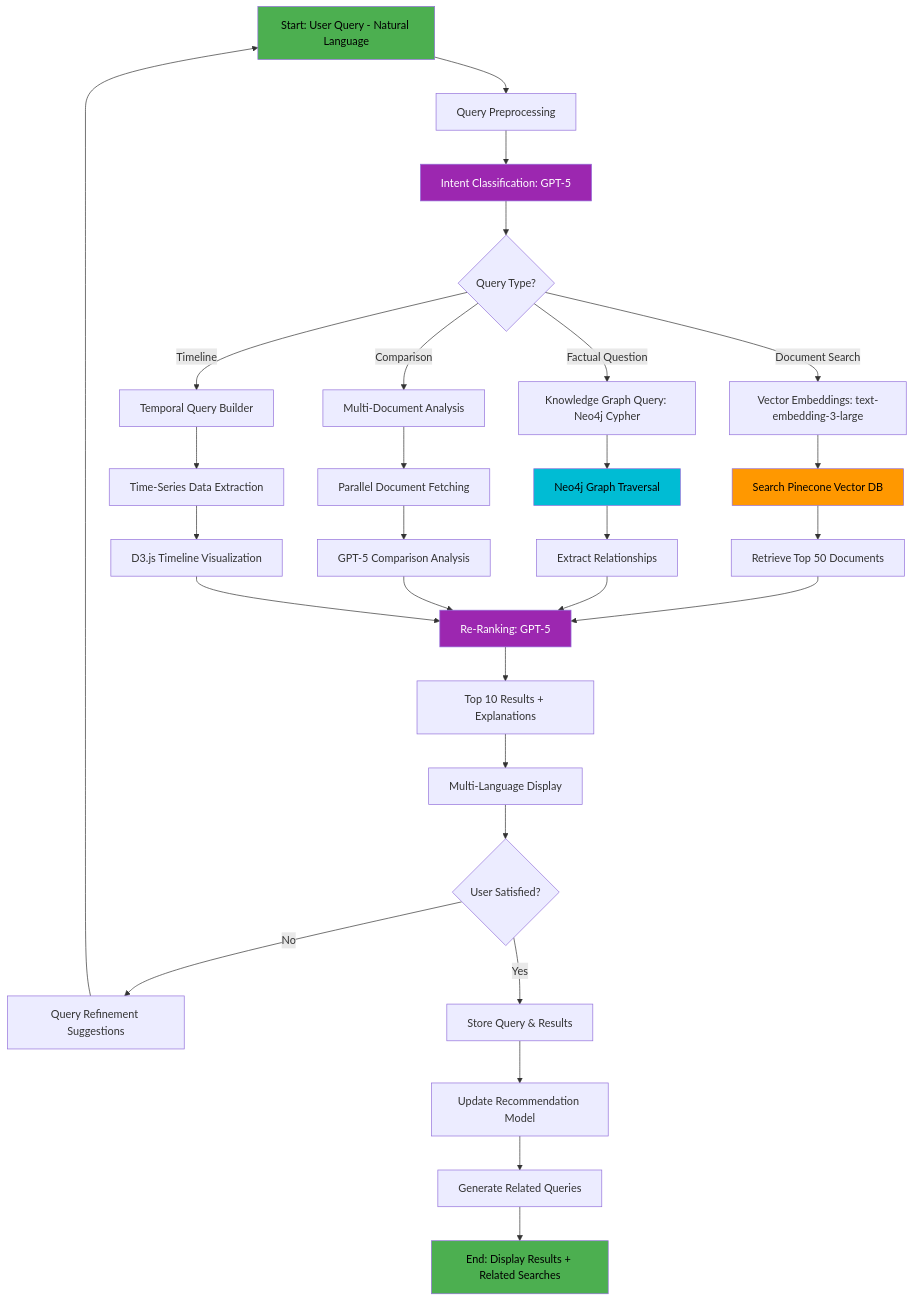
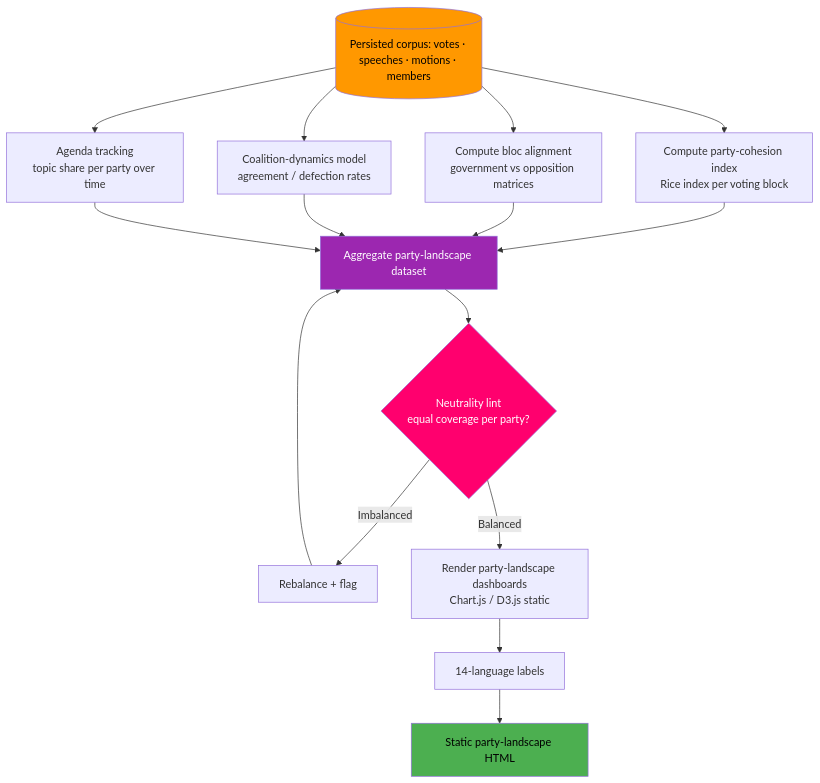
Before and after one commit to Hack23/riksdagsmonitor: the eighth of 24 diagrams in FUTURE_FLOWCHART.md, drawn with Mermaid. The commit also changed other lines of this file and 5 other files, not shown here.

Commit message:
Rewrite FUTURE_DATA_MODEL.md as three-horizon data architecture (v3.0)

````diff
--- a/FUTURE_FLOWCHART.md
+++ b/FUTURE_FLOWCHART.md
@@ -407,48 +310,22 @@
 ```mermaid
 flowchart TD
-    A[Start: User Query - Natural Language] --> B[Query Preprocessing]
-    B --> C[Intent Classification: GPT-5]
-    C --> D{Query Type?}
-    
-    D -->|Document Search| E[Vector Embeddings: text-embedding-3-large]
-    D -->|Factual Question| F[Knowledge Graph Query: Neo4j Cypher]
-    D -->|Comparison| G[Multi-Document Analysis]
-    D -->|Timeline| H[Temporal Query Builder]
-    
-    E --> I[Search Pinecone Vector DB]
-    I --> J[Retrieve Top 50 Documents]
-    
-    F --> K[Neo4j Graph Traversal]
-    K --> L[Extract Relationships]
-    
-    G --> M[Parallel Document Fetching]
-    M --> N[GPT-5 Comparison Analysis]
-    
-    H --> O[Time-Series Data Extraction]
-    O --> P[D3.js Timeline Visualization]
-    
-    J --> Q[Re-Ranking: GPT-5]
-    L --> Q
-    N --> Q
-    P --> Q
-    
-    Q --> R[Top 10 Results + Explanations]
-    R --> S[Multi-Language Display]
-    S --> T{User Satisfied?}
-    
-    T -->|No| U[Query Refinement Suggestions]
-    U --> A
-    
-    T -->|Yes| V[Store Query & Results]
-    V --> W[Update Recommendation Model]
-    W --> X[Generate Related Queries]
-    
-    X --> Y[End: Display Results + Related Searches]
-    
-    style A fill:#4caf50,color:#000000
-    style C fill:#9c27b0,color:#ffffff
-    style I fill:#ff9800,color:#000000
-    style K fill:#00bcd4,color:#000000
-    style Q fill:#9c27b0,color:#ffffff
-    style Y fill:#4caf50,color:#000000
+    CORPUS[(Persisted corpus: votes · speeches · motions · members)] --> COH[Compute party-cohesion index<br/>Rice index per voting block]
+    CORPUS --> BLOC[Compute bloc alignment<br/>government vs opposition matrices]
+    CORPUS --> COAL[Coalition-dynamics model<br/>agreement / defection rates]
+    CORPUS --> AGENDA[Agenda tracking<br/>topic share per party over time]
+
+    COH --> AGG[Aggregate party-landscape dataset]
+    BLOC --> AGG
+    COAL --> AGG
+    AGENDA --> AGG
+    AGG --> NEU{Neutrality lint<br/>equal coverage per party?}
+    NEU -->|Imbalanced| FIXN[Rebalance + flag] --> AGG
+    NEU -->|Balanced| RENDER[Render party-landscape dashboards<br/>Chart.js / D3.js static]
+    RENDER --> I18N[14-language labels]
+    I18N --> OUT[Static party-landscape HTML]
+
+    style CORPUS fill:#ff9800,color:#000000
+    style NEU fill:#ff006e,color:#ffffff
+    style OUT fill:#4caf50,color:#000000
+    style AGG fill:#9c27b0,color:#ffffff
 ```
````
